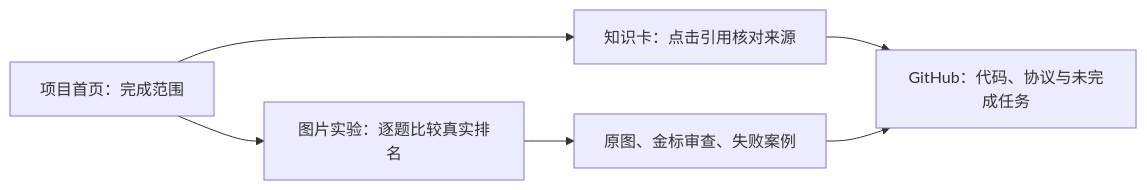
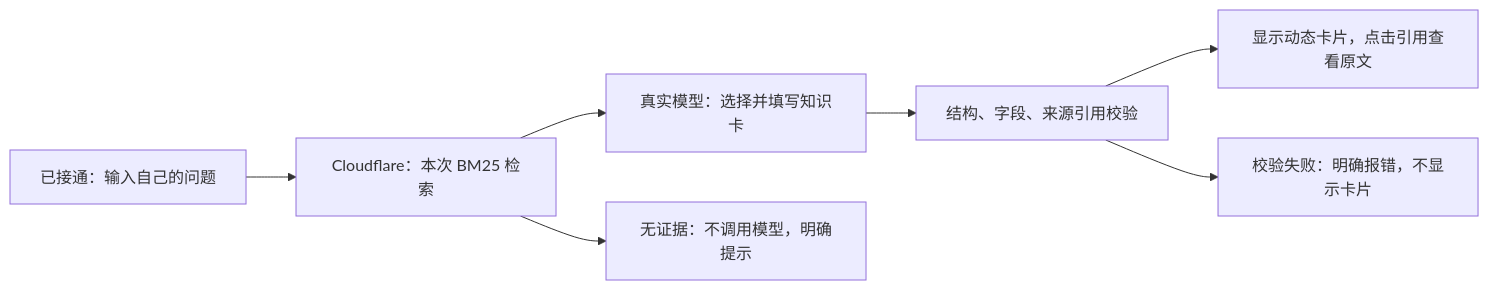
The diagram in docs/WEB-REVIEW.md (yuki-uix/rag-generative-ui-explorer), drawn with Mermaid before and after one commit. The commit also changed other lines of this file and 31 other files, not shown here.

````diff
--- a/docs/WEB-REVIEW.md
+++ b/docs/WEB-REVIEW.md
@@ -24,8 +14,9 @@
 ```mermaid
 flowchart LR
-  A["项目首页：完成范围"] --> B["知识卡：点击引用核对来源"]
-  A --> C["图片实验：逐题比较真实排名"]
-  C --> D["原图、金标审查、失败案例"]
-  B --> E["GitHub：代码、协议与未完成任务"]
-  D --> E
+  A["已接通：输入自己的问题"] --> B["Cloudflare：本次 BM25 检索"]
+  B --> C["真实模型：选择并填写知识卡"]
+  C --> D["结构、字段、来源引用校验"]
+  D --> E["显示动态卡片，点击引用查看原文"]
+  B --> F["无证据：不调用模型，明确提示"]
+  D --> G["校验失败：明确报错，不显示卡片"]
 ```
````
